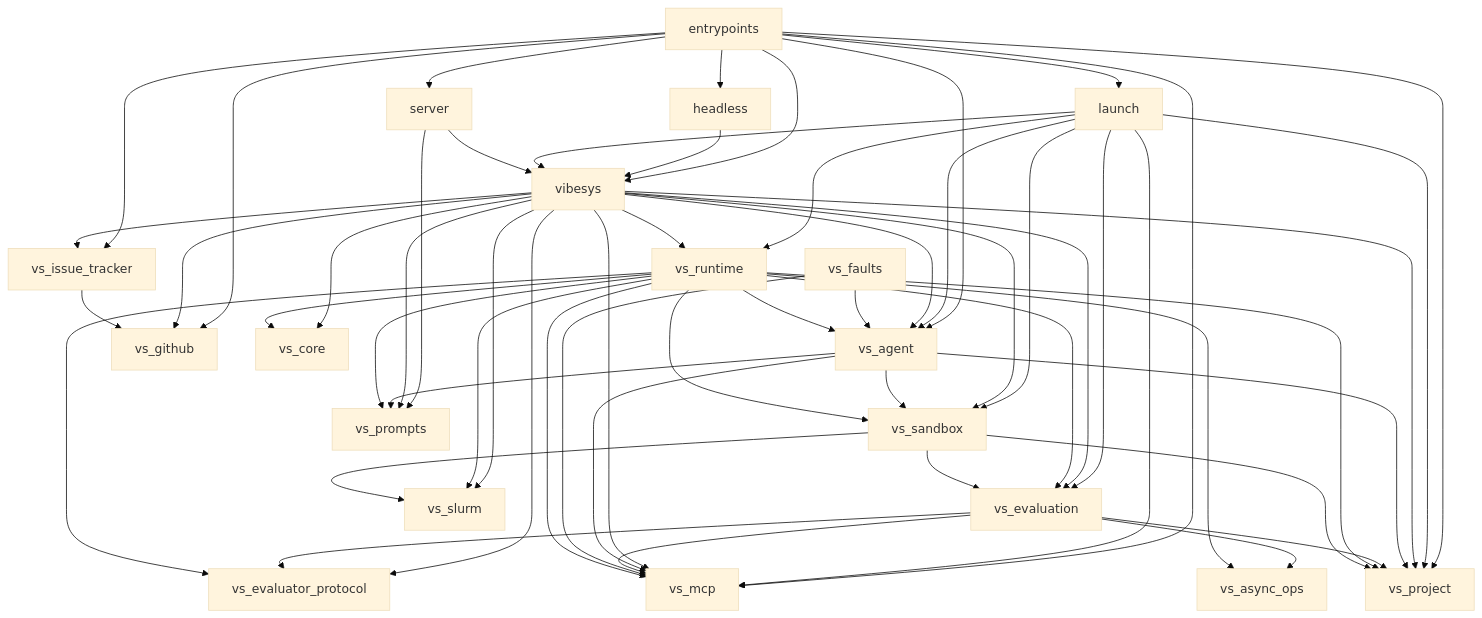
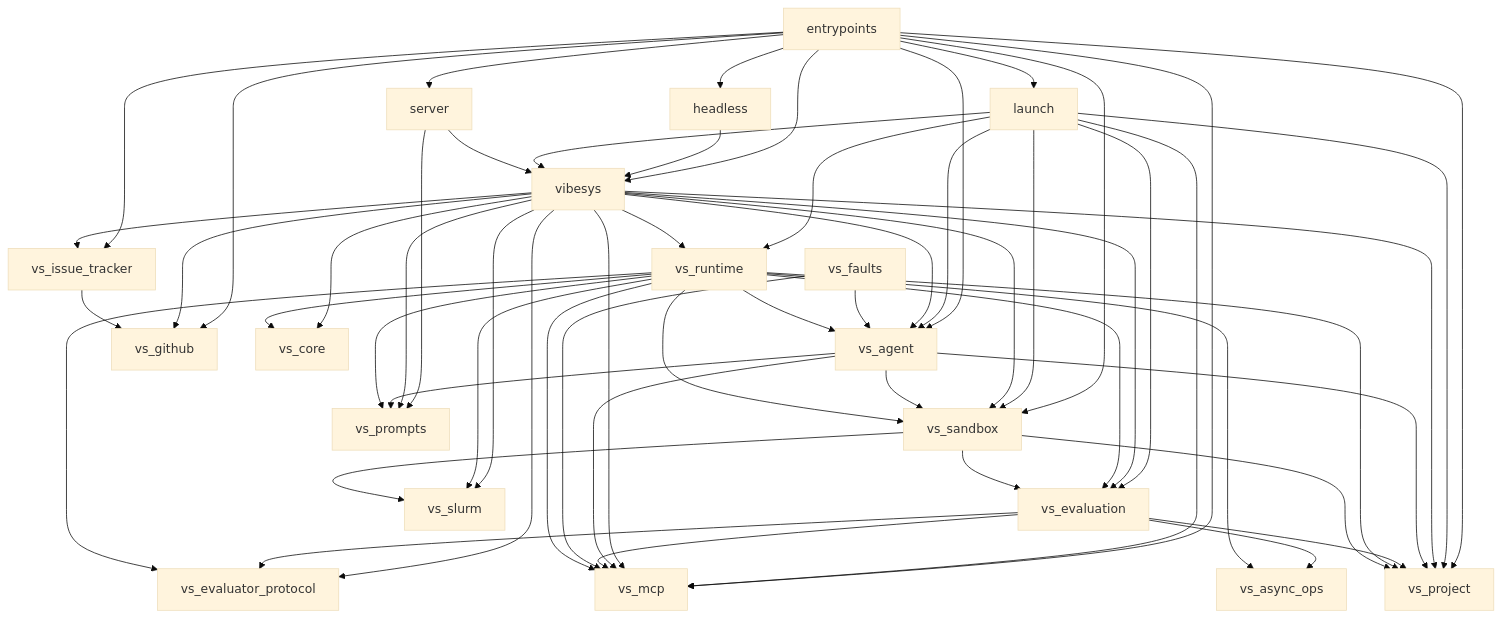
The diagram in docs/contributing/architecture.md (uw-syfi/vibesys), drawn with Mermaid (base theme) before and after one commit. The commit also changed 1 other file, not shown here.

Commit message:
ci: regenerate the tach graph and fix lint waivers for the SIGTERM test child
Claude-Session: https://claude.ai/code/session_011Skfqu8kd8qVQUVU1CXTJJ

````diff
--- a/docs/contributing/architecture.md
+++ b/docs/contributing/architecture.md
@@ -104,58 +104,59 @@
 ```mermaid
 graph TD
     entrypoints --> headless
     entrypoints --> launch
     entrypoints --> server
     entrypoints --> vibesys
     entrypoints --> vs_agent
     entrypoints --> vs_github
     entrypoints --> vs_issue_tracker
     entrypoints --> vs_mcp
     entrypoints --> vs_project
+    entrypoints --> vs_sandbox
     headless --> vibesys
     launch --> vibesys
     launch --> vs_agent
     launch --> vs_evaluation
     launch --> vs_mcp
     launch --> vs_project
     launch --> vs_runtime
     launch --> vs_sandbox
     server --> vibesys
     server --> vs_prompts
     vibesys --> vs_agent
     vibesys --> vs_core
     vibesys --> vs_evaluation
     vibesys --> vs_evaluator_protocol
     vibesys --> vs_github
     vibesys --> vs_issue_tracker
     vibesys --> vs_mcp
     vibesys --> vs_project
     vibesys --> vs_prompts
     vibesys --> vs_runtime
     vibesys --> vs_sandbox
     vibesys --> vs_slurm
     vs_agent --> vs_mcp
     vs_agent --> vs_project
     vs_agent --> vs_prompts
     vs_agent --> vs_sandbox
     vs_evaluation --> vs_async_ops
     vs_evaluation --> vs_evaluator_protocol
     vs_evaluation --> vs_mcp
     vs_evaluation --> vs_project
     vs_faults --> vs_agent
     vs_faults --> vs_mcp
     vs_issue_tracker --> vs_github
     vs_runtime --> vs_agent
     vs_runtime --> vs_async_ops
     vs_runtime --> vs_core
     vs_runtime --> vs_evaluation
     vs_runtime --> vs_evaluator_protocol
     vs_runtime --> vs_mcp
     vs_runtime --> vs_project
     vs_runtime --> vs_prompts
     vs_runtime --> vs_sandbox
     vs_runtime --> vs_slurm
     vs_sandbox --> vs_evaluation
     vs_sandbox --> vs_project
     vs_sandbox --> vs_slurm
 ```
````
